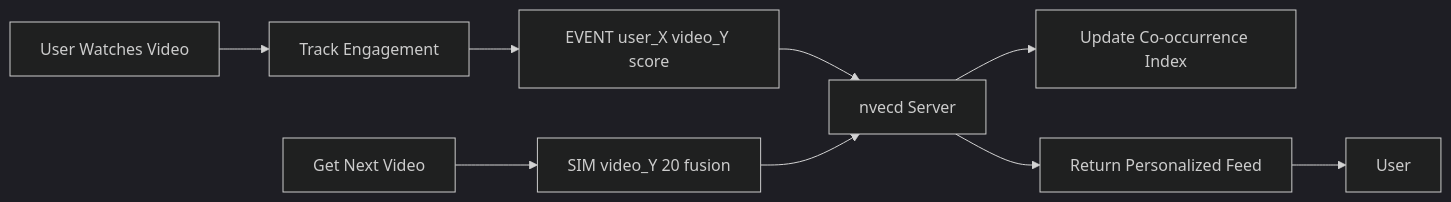
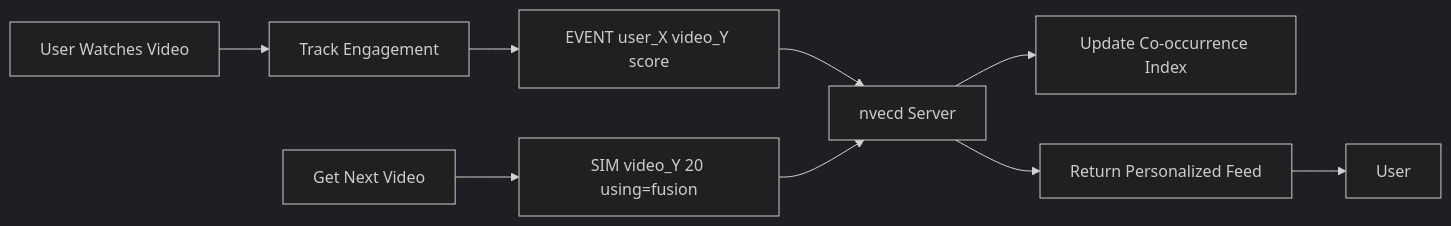
The fourth of 5 diagrams in docs/en/use-cases.md (libraz/nvecd), drawn with Mermaid (dark theme) before and after one commit. The commit also changed other lines of this file and 50 other files, not shown here.

````diff
--- a/docs/en/use-cases.md
+++ b/docs/en/use-cases.md
@@ -335,12 +335,12 @@
 ```mermaid
 graph LR
     A[User Watches Video] --> B[Track Engagement]
     B --> C[EVENT user_X video_Y score]
     C --> D[nvecd Server]
     D --> E[Update Co-occurrence Index]
 
-    F[Get Next Video] --> G[SIM video_Y 20 fusion]
+    F[Get Next Video] --> G[SIM video_Y 20 using=fusion]
     G --> D
     D --> H[Return Personalized Feed]
     H --> I[User]
 ```
````
